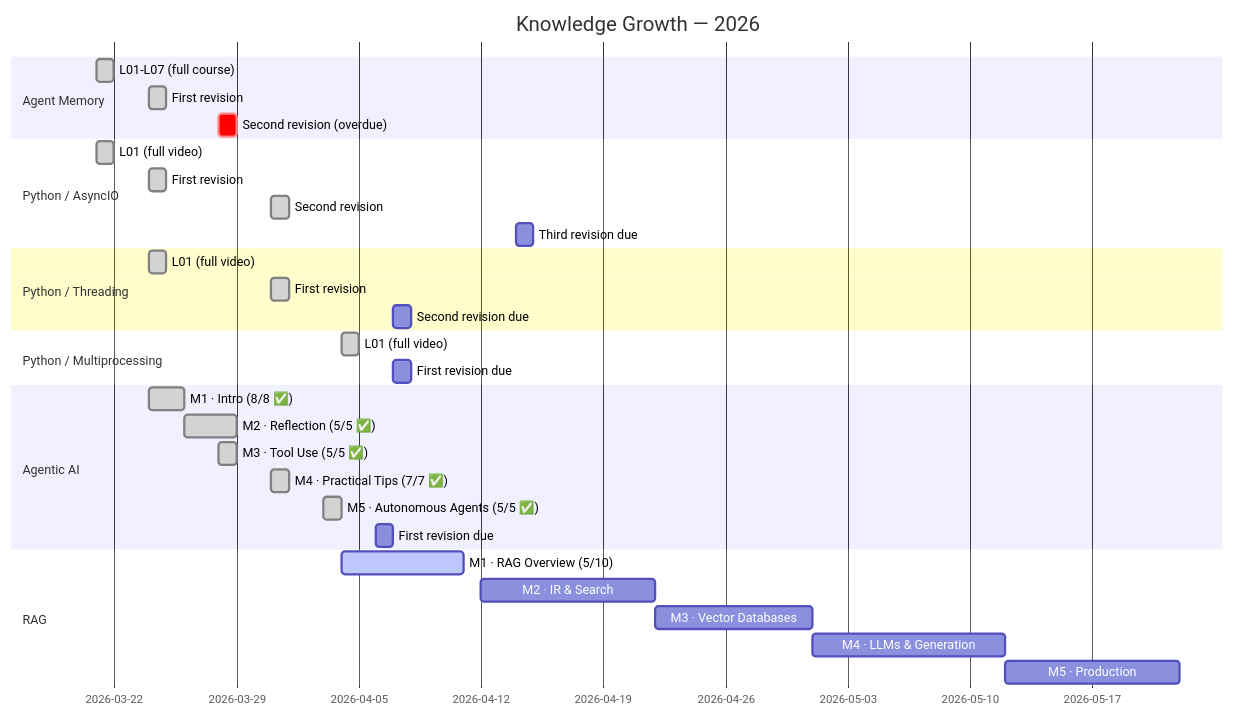
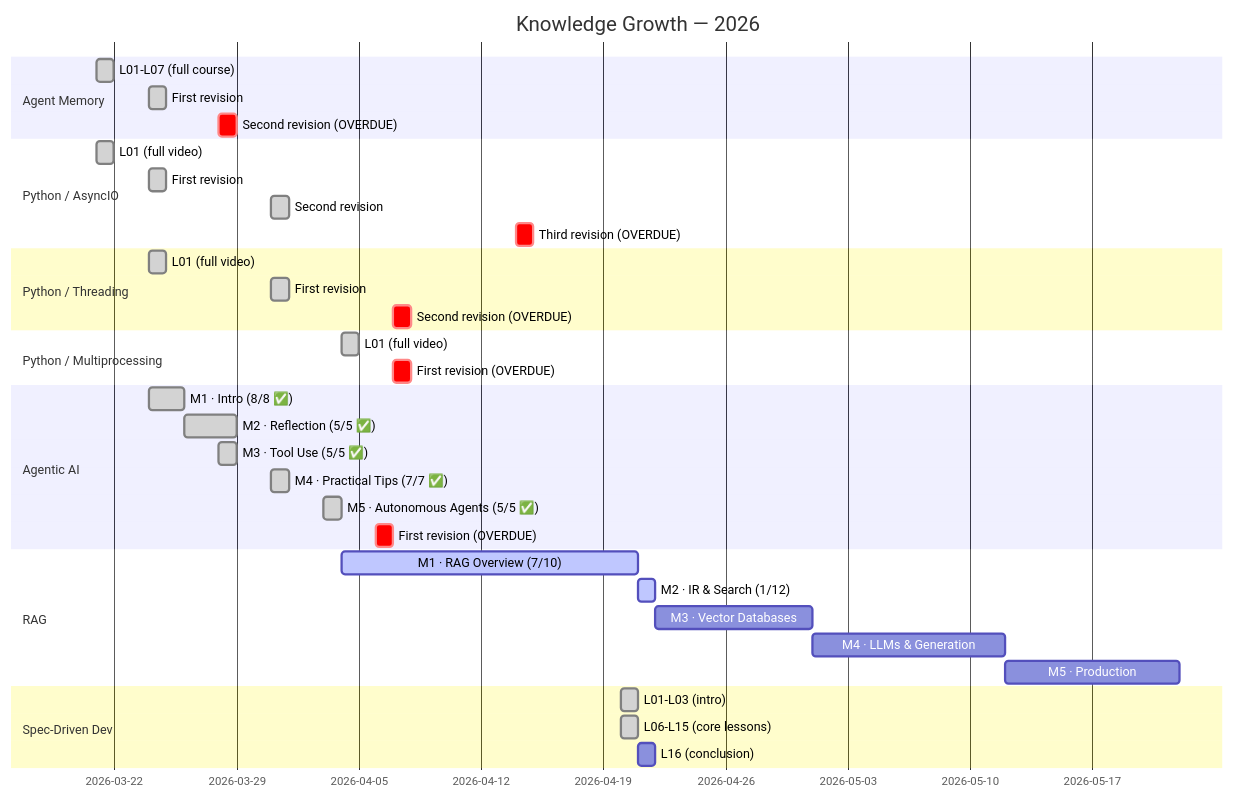
One commit to AyushSonuu/my-memory changed the diagram in _maps/learning-journey.md. Above: the diagram before and after it, drawn with Mermaid. The commit also changed other lines of this file and 263 other files, not shown here.

Commit message:
🔄 full sync: maps, READMEs, nav, docs — corrected SDD 13/16, RAG 8/62, revision warnings

````diff
--- a/_maps/learning-journey.md
+++ b/_maps/learning-journey.md
@@ -5,40 +5,45 @@
 ```mermaid
 gantt
     title Knowledge Growth — 2026
     dateFormat YYYY-MM-DD
 
     section Agent Memory
     L01-L07 (full course)       :done, am, 2026-03-21, 1d
     First revision              :done, rev1, 2026-03-24, 1d
-    Second revision (overdue)   :crit, rev2, 2026-03-28, 1d
+    Second revision (OVERDUE)   :crit, rev2, 2026-03-28, 1d
 
     section Python / AsyncIO
     L01 (full video)            :done, aio, 2026-03-21, 1d
     First revision              :done, aiorev1, 2026-03-24, 1d
     Second revision             :done, aiorev2, 2026-03-31, 1d
-    Third revision due          :aiorev3, 2026-04-14, 1d
+    Third revision (OVERDUE)    :crit, aiorev3, 2026-04-14, 1d
 
     section Python / Threading
     L01 (full video)            :done, thr, 2026-03-24, 1d
     First revision              :done, thrrev1, 2026-03-31, 1d
-    Second revision due         :thrrev2, 2026-04-07, 1d
+    Second revision (OVERDUE)   :crit, thrrev2, 2026-04-07, 1d
 
     section Python / Multiprocessing
     L01 (full video)            :done, mp, 2026-04-04, 1d
-    First revision due          :mprev1, 2026-04-07, 1d
+    First revision (OVERDUE)    :crit, mprev1, 2026-04-07, 1d
 
     section Agentic AI
     M1 · Intro (8/8 ✅)        :done, m1, 2026-03-24, 2d
     M2 · Reflection (5/5 ✅)    :done, m2, 2026-03-26, 3d
     M3 · Tool Use (5/5 ✅)      :done, m3, 2026-03-28, 1d
     M4 · Practical Tips (7/7 ✅) :done, m4, 2026-03-31, 1d
     M5 · Autonomous Agents (5/5 ✅) :done, m5, 2026-04-03, 1d
-    First revision due          :agrev1, 2026-04-06, 1d
+    First revision (OVERDUE)    :crit, agrev1, 2026-04-06, 1d
 
     section RAG
-    M1 · RAG Overview (5/10)    :active, rag1, 2026-04-04, 7d
-    M2 · IR & Search            :rag2, 2026-04-12, 10d
+    M1 · RAG Overview (7/10)    :active, rag1, 2026-04-04, 17d
+    M2 · IR & Search (1/12)     :active, rag2, 2026-04-21, 1d
     M3 · Vector Databases       :rag3, 2026-04-22, 9d
     M4 · LLMs & Generation      :rag4, 2026-05-01, 11d
     M5 · Production             :rag5, 2026-05-12, 10d
+
+    section Spec-Driven Dev
+    L01-L03 (intro)             :done, sdd1, 2026-04-20, 1d
+    L06-L15 (core lessons)      :done, sdd2, 2026-04-20, 1d
+    L16 (conclusion)            :sdd3, after sdd2, 1d
 ```
````
